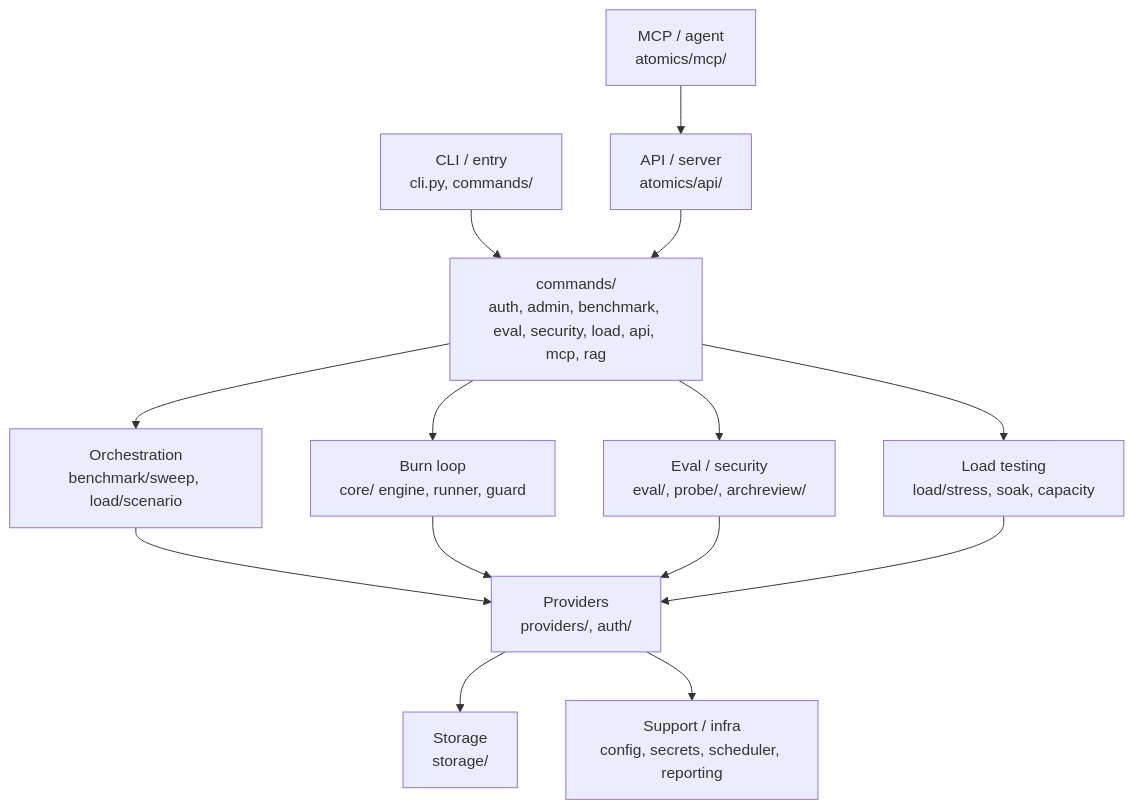
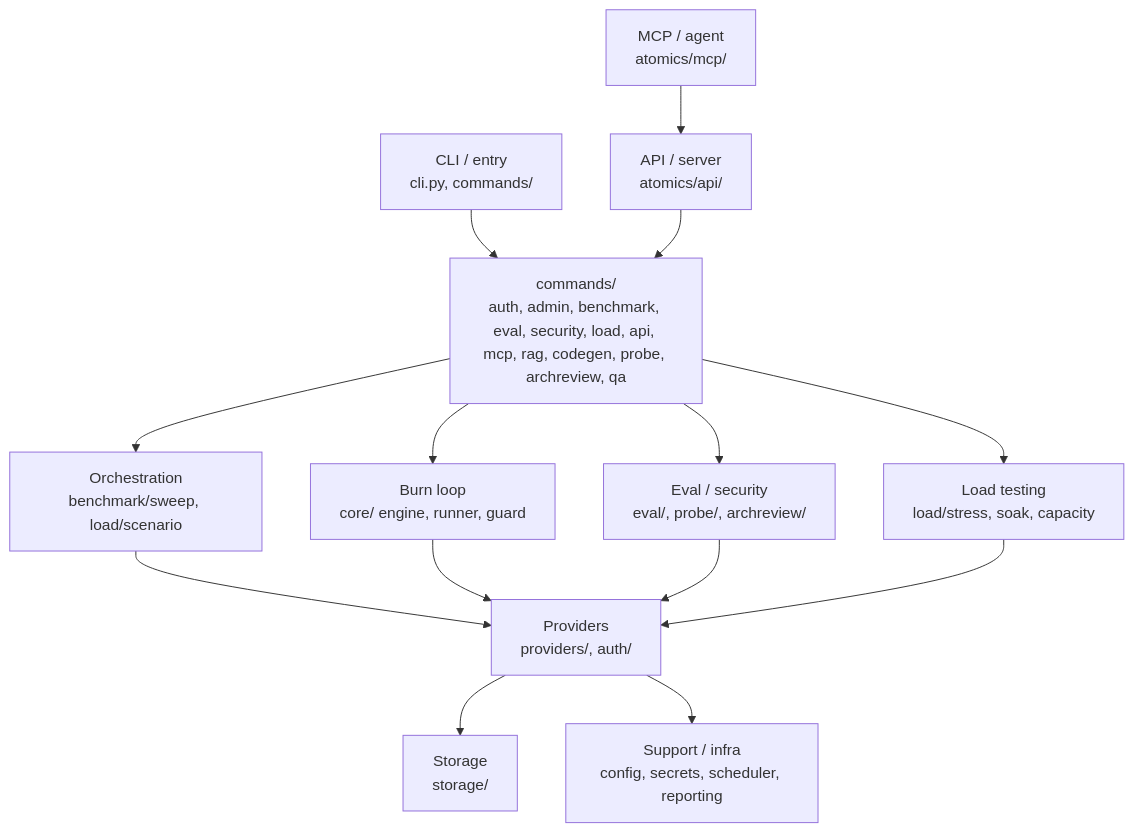
Before and after one commit to babywyrm/stoneburner: the diagram in ARCHITECTURE.md, drawn with Mermaid. The commit also changed other lines of this file and 10 other files, not shown here.

````diff
--- a/ARCHITECTURE.md
+++ b/ARCHITECTURE.md
@@ -34,16 +34,16 @@
 ```mermaid
 flowchart TB
-    CLI["CLI / entry\ncli.py, commands/"] --> Commands["commands/\nauth, admin, benchmark, eval, security, load, api, mcp, rag"]
+    CLI["CLI / entry\ncli.py, commands/"] --> Commands["commands/\nauth, admin, benchmark, eval, security, load, api, mcp, rag, codegen, probe, archreview, qa"]
     API["API / server\natomics/api/"] --> Commands
     MCP["MCP / agent\natomics/mcp/"] --> API
     Commands --> Orchestration["Orchestration\nbenchmark/sweep, load/scenario"]
     Commands --> Burn["Burn loop\ncore/ engine, runner, guard"]
     Commands --> Eval["Eval / security\neval/, probe/, archreview/"]
     Commands --> Load["Load testing\nload/stress, soak, capacity"]
     Orchestration --> Providers
     Burn --> Providers
     Eval --> Providers
     Load --> Providers
     Providers["Providers\nproviders/, auth/"] --> Storage["Storage\nstorage/"]
     Providers --> Support["Support / infra\nconfig, secrets, scheduler, reporting"]
 ```
````
